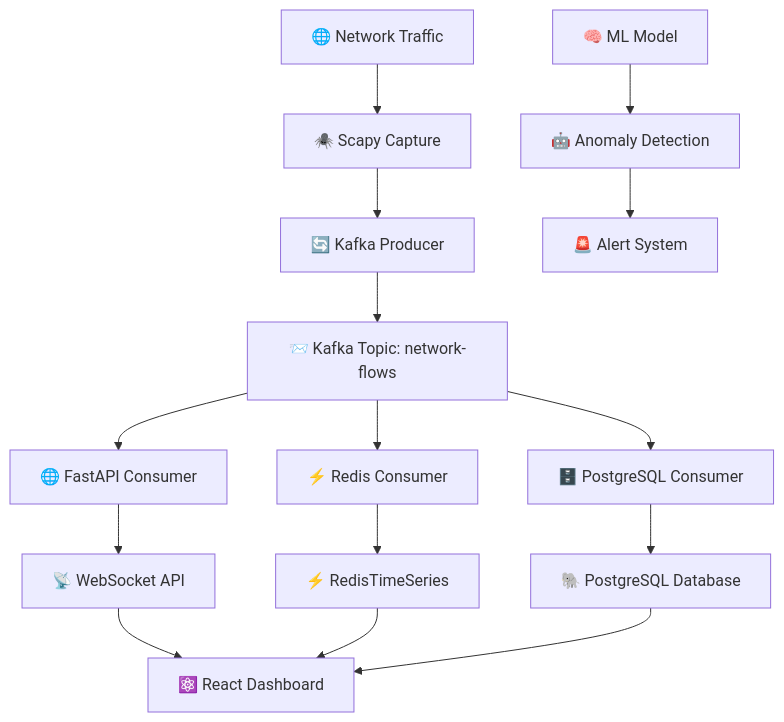
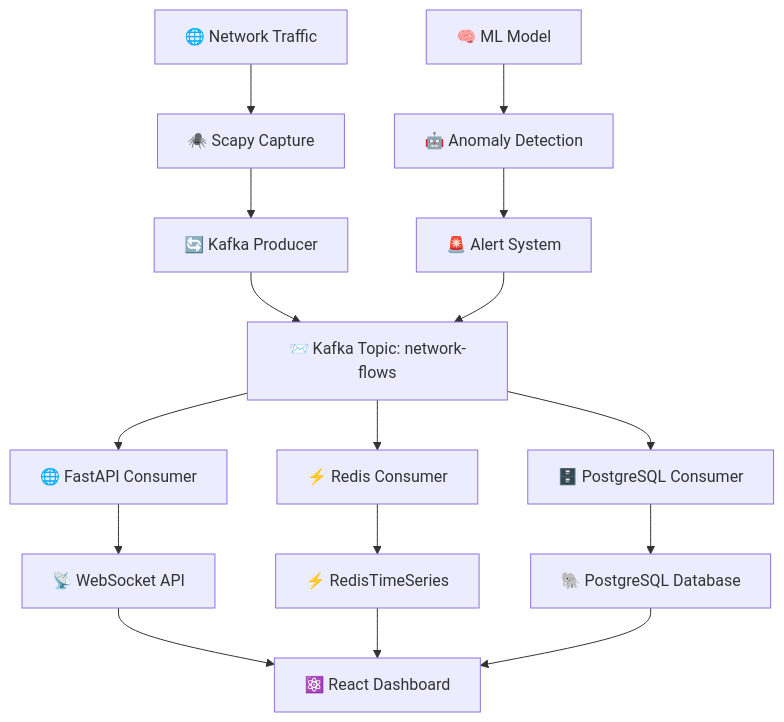
The diagram in README.md (Arjun4522/VanguardProd), drawn with Mermaid before and after one commit.

````diff
--- a/README.md
+++ b/README.md
@@ -215,21 +215,22 @@
 ```mermaid
 graph TB
     A[🌐 Network Traffic] --> B[🕷️ Scapy Capture]
     B --> C[🔄 Kafka Producer]
     C --> D[📨 Kafka Topic: network-flows]
     
     D --> E[🗄️ PostgreSQL Consumer]
     D --> F[⚡ Redis Consumer]
     D --> G[🌐 FastAPI Consumer]
     
     E --> H[🐘 PostgreSQL Database]
     F --> I[⚡ RedisTimeSeries]
     G --> J[📡 WebSocket API]
     
     K[🧠 ML Model] --> L[🤖 Anomaly Detection]
     L --> M[🚨 Alert System]
+    M --> D
     
     J --> N[⚛️ React Dashboard]
     I --> N
     H --> N
 ```
````
